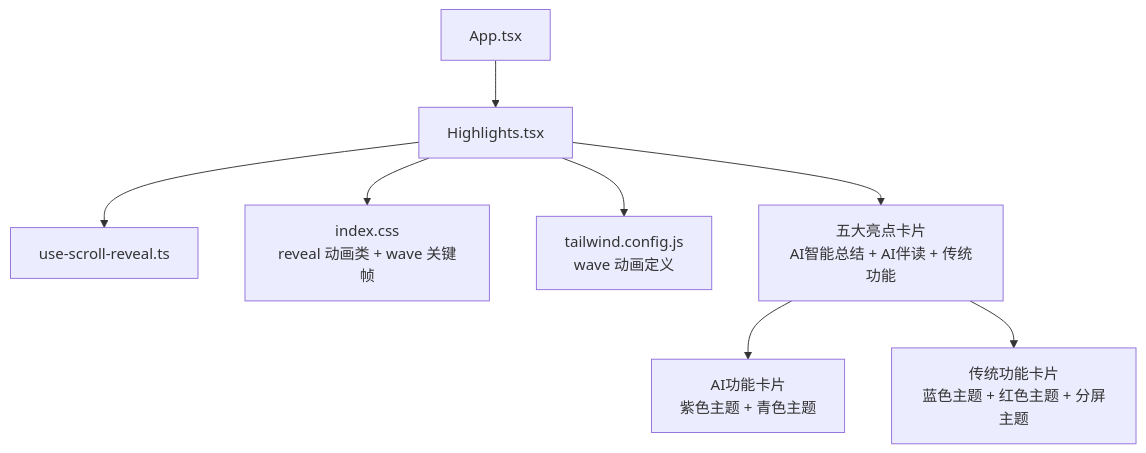
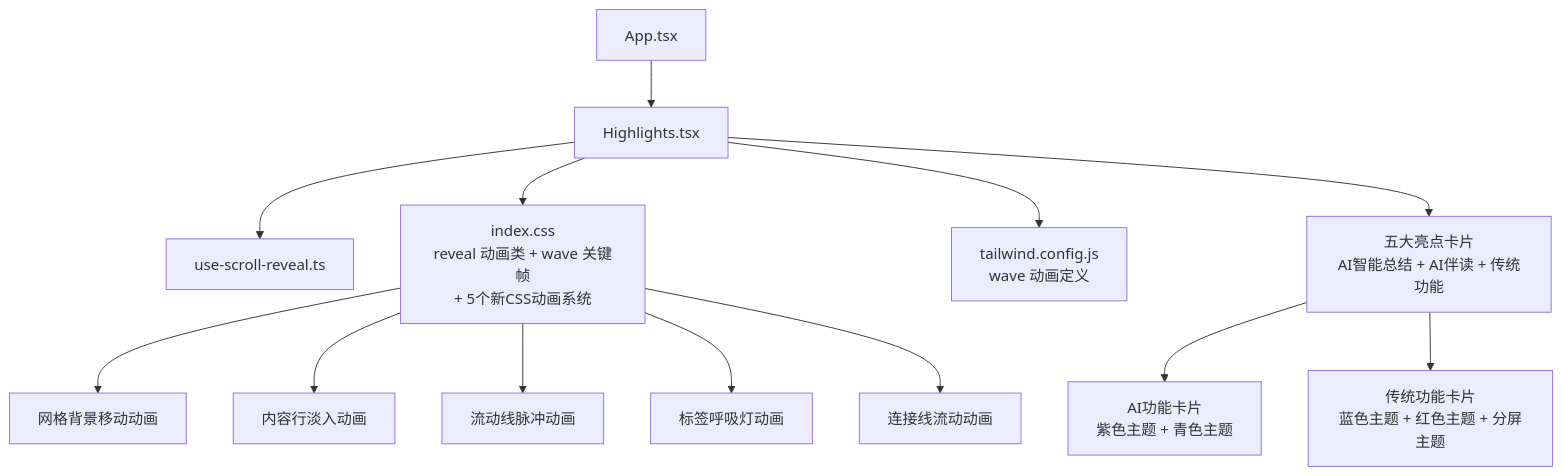
Before and after one commit to Primoguo/naolizhi.cn: the first of 5 diagrams in .qoder/repowiki/zh/content/架构设计/组件架构/页面组件/Highlights组件.md, drawn with Mermaid. The commit also changed other lines of this file and 19 other files, not shown here.

````diff
--- a/.qoder/repowiki/zh/content/架构设计/组件架构/页面组件/Highlights组件.md
+++ b/.qoder/repowiki/zh/content/架构设计/组件架构/页面组件/Highlights组件.md
@@ -46,10 +46,15 @@
 ```mermaid
 graph TB
 A["App.tsx"] --> B["Highlights.tsx"]
 B --> C["use-scroll-reveal.ts"]
-B --> D["index.css<br/>reveal 动画类 + wave 关键帧"]
+B --> D["index.css<br/>reveal 动画类 + wave 关键帧<br/>+ 5个新CSS动画系统"]
 B --> E["tailwind.config.js<br/>wave 动画定义"]
 B --> F["五大亮点卡片<br/>AI智能总结 + AI伴读 + 传统功能"]
 F --> G["AI功能卡片<br/>紫色主题 + 青色主题"]
 F --> H["传统功能卡片<br/>蓝色主题 + 红色主题 + 分屏主题"]
+D --> I["网格背景移动动画"]
+D --> J["内容行淡入动画"]
+D --> K["流动线脉冲动画"]
+D --> L["标签呼吸灯动画"]
+D --> M["连接线流动动画"]
 ```
````
